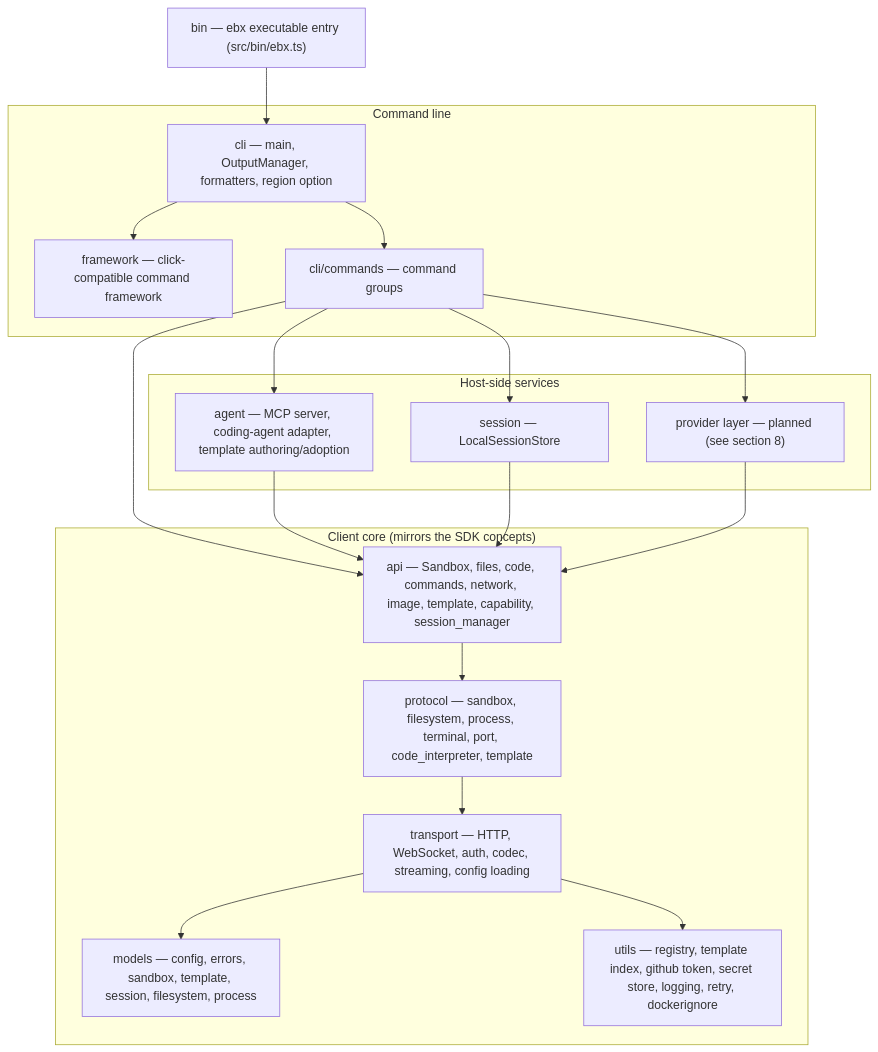
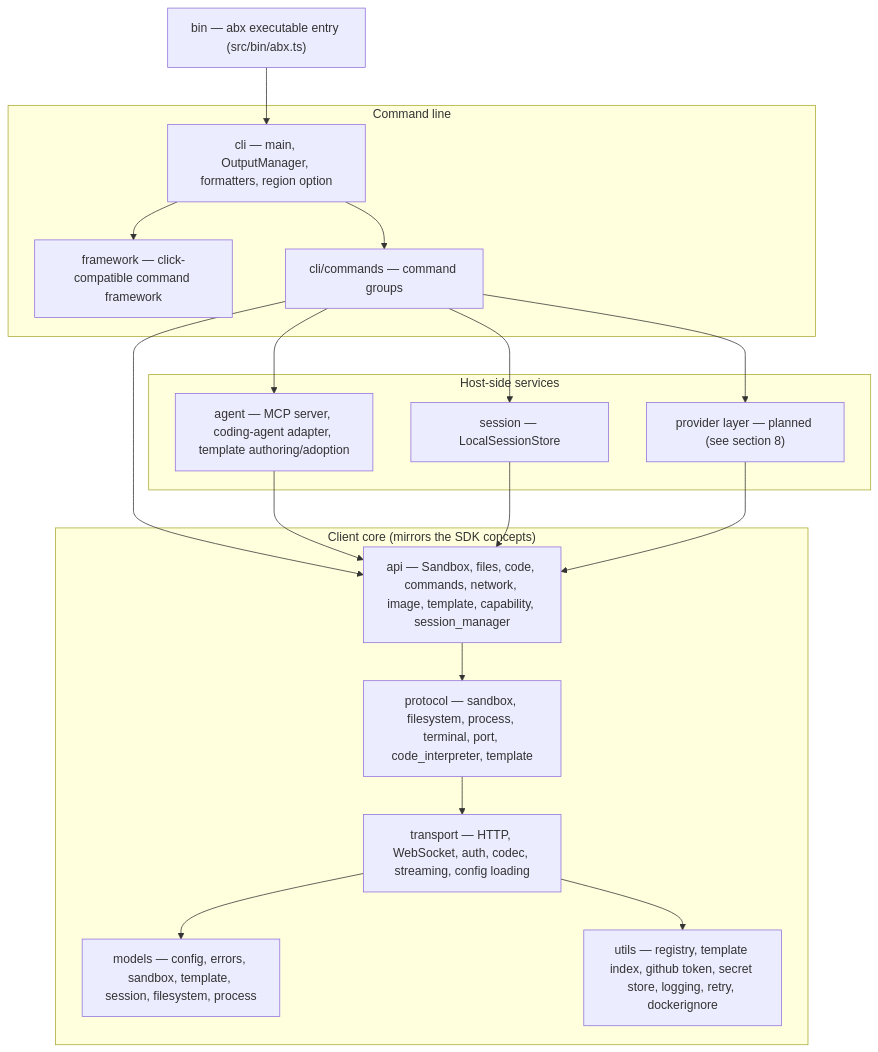
The diagram in docs/en/design/architecture.md (Alibaba-Agent-Sandbox/agent-sandbox), drawn with Mermaid before and after one commit. The commit also changed other lines of this file and 644 other files, not shown here.

````diff
--- a/docs/en/design/architecture.md
+++ b/docs/en/design/architecture.md
@@ -20,35 +19,35 @@
 ```mermaid
 graph TB
-    BIN["bin — ebx executable entry (src/bin/ebx.ts)"]
+    BIN["bin — abx executable entry (src/bin/abx.ts)"]
     subgraph Front["Command line"]
         FW["framework — click-compatible command framework"]
         CLI["cli — main, OutputManager, formatters, region option"]
         CMD["cli/commands — command groups"]
     end
     subgraph Services["Host-side services"]
         AG["agent — MCP server, coding-agent adapter, template authoring/adoption"]
         PRV["provider layer — planned (see section 8)"]
         SES["session — LocalSessionStore"]
     end
     subgraph Core["Client core (mirrors the SDK concepts)"]
         API["api — Sandbox, files, code, commands, network, image, template, capability, session_manager"]
         PRO["protocol — sandbox, filesystem, process, terminal, port, code_interpreter, template"]
         TRA["transport — HTTP, WebSocket, auth, codec, streaming, config loading"]
         MOD["models — config, errors, sandbox, template, session, filesystem, process"]
         UTL["utils — registry, template index, github token, secret store, logging, retry, dockerignore"]
     end
 
     BIN --> CLI
     CLI --> FW
     CLI --> CMD
     CMD --> AG
     CMD --> SES
     CMD --> API
     CMD --> PRV
     AG --> API
     SES --> API
     PRV --> API
     API --> PRO --> TRA
     TRA --> MOD
     TRA --> UTL
 ```
````
